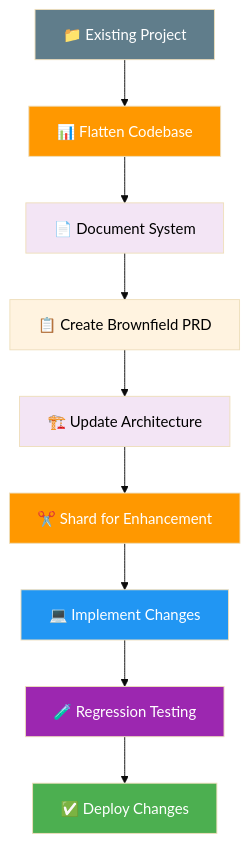
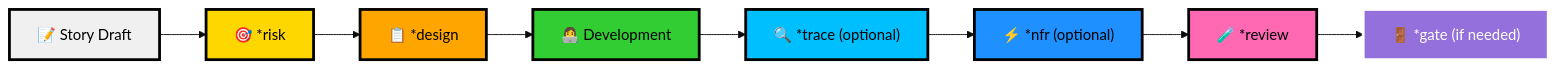
The ninth of 12 diagrams in BMAD-method/BMAD-method - a visual guide.md (garkpit/RT-Vault), drawn with Mermaid (base theme) before and after one commit. The commit also changed other lines of this file and 7 other files, not shown here.

````diff
--- a/BMAD-method/BMAD-method - a visual guide.md
+++ b/BMAD-method/BMAD-method - a visual guide.md
@@ -485,21 +306,19 @@
 ```mermaid
-graph TD
-    A["📁 Existing Project"] --> B["📊 Flatten Codebase"]
-    B --> C["📄 Document System"]
-    C --> D["📋 Create Brownfield PRD"]
-    D --> E["🏗️ Update Architecture"]
-    E --> F["✂️ Shard for Enhancement"]
-    F --> G["💻 Implement Changes"]
-    G --> H["🧪 Regression Testing"]
-    H --> I["✅ Deploy Changes"]
+graph LR
+    A["📝 Story Draft"] --> B["🎯 *risk"]
+    B --> C["📋 *design"]
+    C --> D["👩‍💻 Development"]
+    D --> E["🔍 *trace (optional)"]
+    E --> F["⚡ *nfr (optional)"]
+    F --> G["🧪 *review"]
+    G --> H["🚪 *gate (if needed)"]
     
-    style A fill:#607d8b,color:#fff
-    style B fill:#ff9800,color:#fff
-    style C fill:#f3e5f5,color:#000
-    style D fill:#fff3e0,color:#000
-    style E fill:#f3e5f5,color:#000
-    style F fill:#ff9800,color:#fff
-    style G fill:#2196f3,color:#fff
-    style H fill:#9c27b0,color:#fff
-    style I fill:#4caf50,color:#fff
+    style A fill:#F0F0F0,color:#000000,stroke:#000000,stroke-width:3px
+    style B fill:#FFD700,color:#000000,stroke:#000000,stroke-width:3px
+    style C fill:#FFA500,color:#000000,stroke:#000000,stroke-width:3px
+    style D fill:#32CD32,color:#000000,stroke:#000000,stroke-width:3px
+    style E fill:#00BFFF,color:#000000,stroke:#000000,stroke-width:3px
+    style F fill:#1E90FF,color:#000000,stroke:#000000,stroke-width:3px
+    style G fill:#FF69B4,color:#000000,stroke:#000000,stroke-width:3px
+    style H fill:#9370DB,color:#FFFFFF,stroke:#FFFFFF,stroke-width:3px
 ```
````
